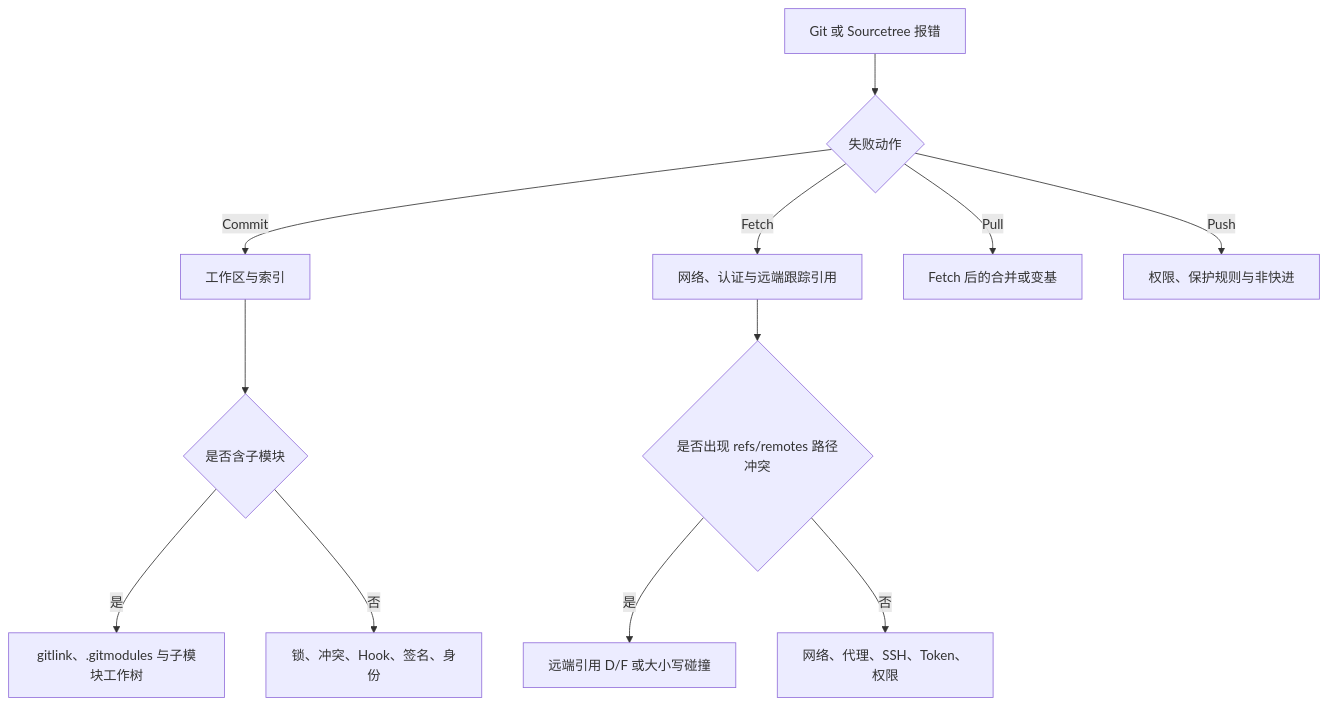
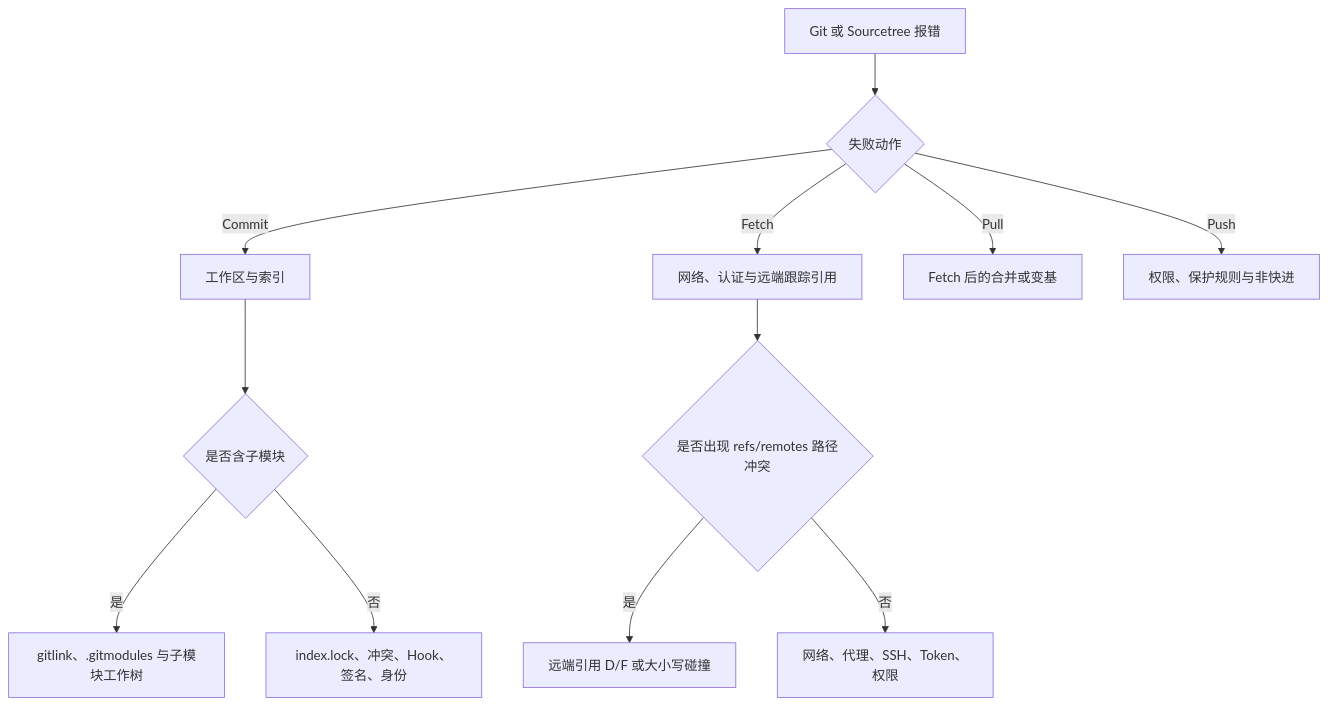
Before and after one commit to JobsKits/JobsDocs: the diagram in Git的使用.md/README.md, drawn with Mermaid. The commit also changed other lines of this file and 190 other files, not shown here.

````diff
--- a/Git的使用.md/README.md
+++ b/Git的使用.md/README.md
@@ -28,14 +28,14 @@
 ```mermaid
 flowchart TD
   A[Git 或 Sourcetree 报错] --> B{失败动作}
   B -->|Commit| C[工作区与索引]
   B -->|Fetch| D[网络、认证与远端跟踪引用]
   B -->|Pull| E[Fetch 后的合并或变基]
   B -->|Push| F[权限、保护规则与非快进]
   C --> G{是否含子模块}
   G -->|是| H[gitlink、.gitmodules 与子模块工作树]
-  G -->|否| I[锁、冲突、Hook、签名、身份]
+  G -->|否| I[index.lock、冲突、Hook、签名、身份]
   D --> J{是否出现 refs/remotes 路径冲突}
   J -->|是| K[远端引用 D/F 或大小写碰撞]
   J -->|否| L[网络、代理、SSH、Token、权限]
 ```
````
